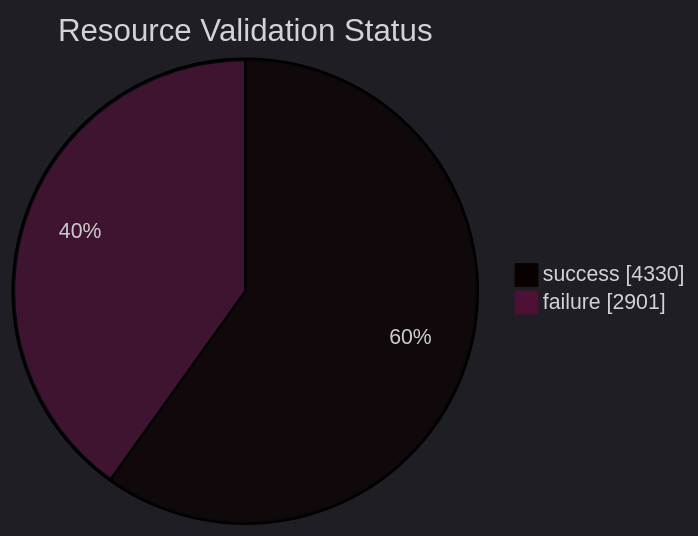
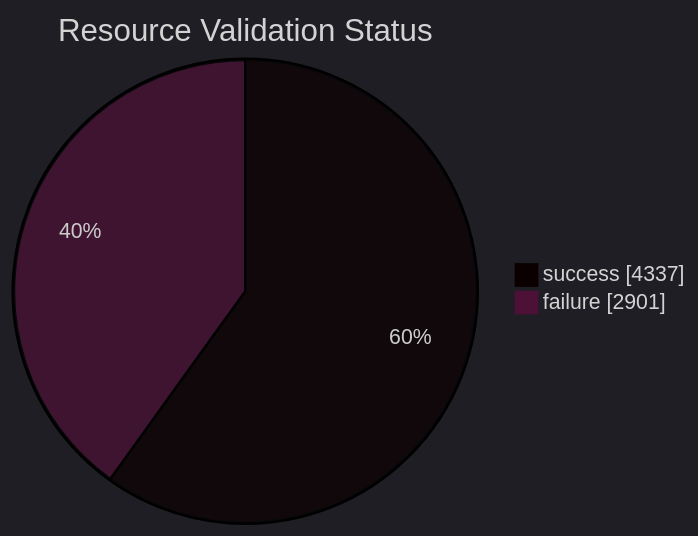
The diagram in datastore_tracker/resource_validation_status_pie_chart.md (open-data/analytics-corporate-reporting), drawn with Mermaid before and after one commit. The commit also changed 9 other files, not shown here.

````diff
--- a/datastore_tracker/resource_validation_status_pie_chart.md
+++ b/datastore_tracker/resource_validation_status_pie_chart.md
@@ -2,9 +2,9 @@
 ```mermaid
 ---
 config:
   theme: dark
 ---
 pie showData title Resource Validation Status
-    "success": 4330
+    "success": 4337
     "failure": 2901
 ```
````
